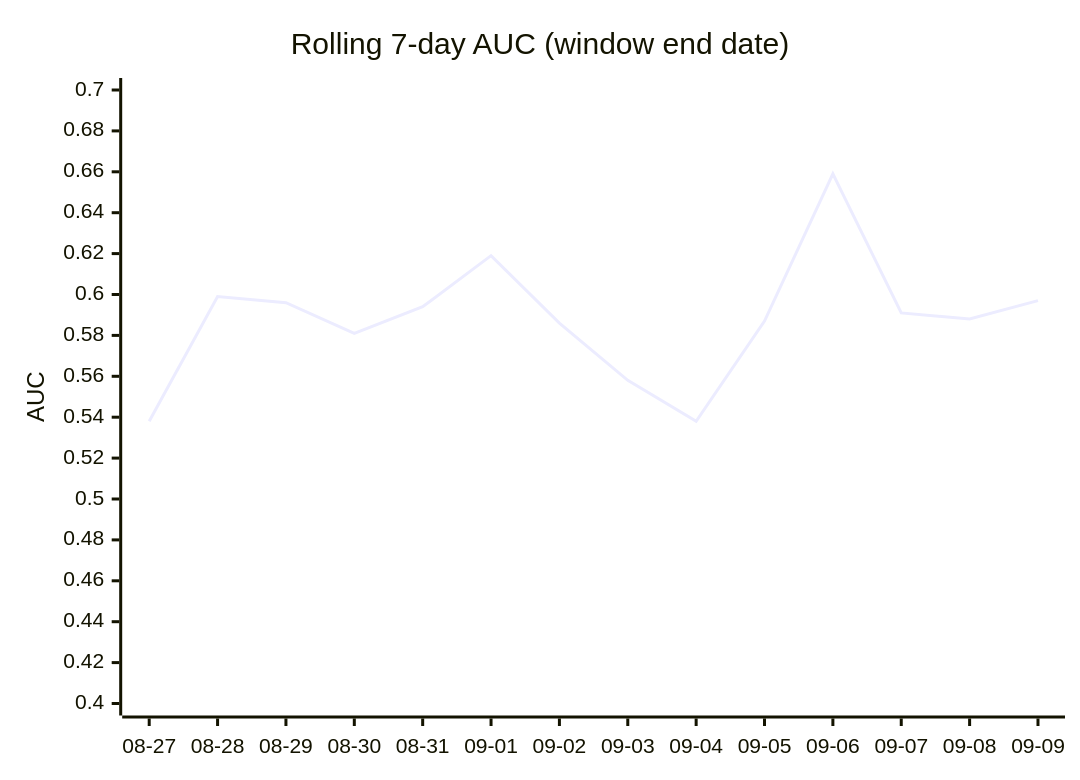
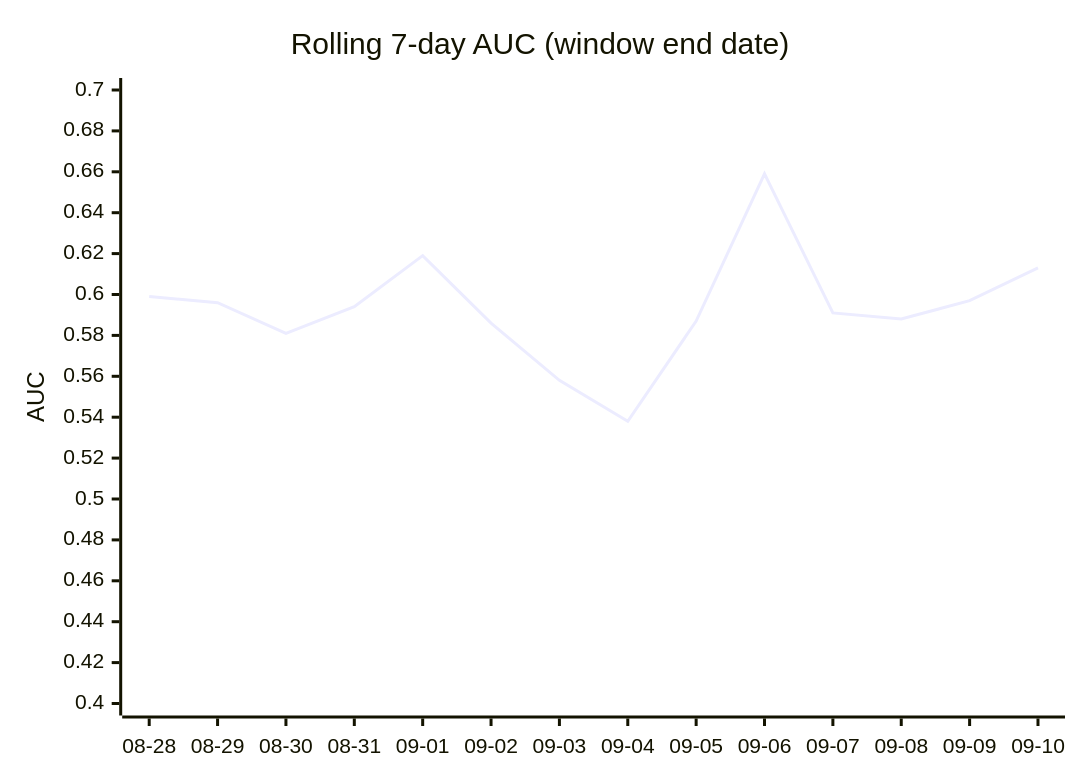
Before and after one commit to dpk1212/nhl-savant: the third of 4 diagrams in DAILY_AGSU_REPORT.md, drawn with Mermaid. The commit also changed other lines of this file, not shown here.

````diff
--- a/DAILY_AGSU_REPORT.md
+++ b/DAILY_AGSU_REPORT.md
@@ -858,7 +853,7 @@
 ```mermaid
 xychart-beta
     title "Rolling 7-day AUC (window end date)"
-    x-axis ["08-27", "08-28", "08-29", "08-30", "08-31", "09-01", "09-02", "09-03", "09-04", "09-05", "09-06", "09-07", "09-08", "09-09"]
+    x-axis ["08-28", "08-29", "08-30", "08-31", "09-01", "09-02", "09-03", "09-04", "09-05", "09-06", "09-07", "09-08", "09-09", "09-10"]
     y-axis "AUC" 0.4 --> 0.7
-    line [0.538, 0.599, 0.596, 0.581, 0.594, 0.619, 0.586, 0.558, 0.538, 0.587, 0.659, 0.591, 0.588, 0.597]
+    line [0.599, 0.596, 0.581, 0.594, 0.619, 0.586, 0.558, 0.538, 0.587, 0.659, 0.591, 0.588, 0.597, 0.613]
 ```
````
